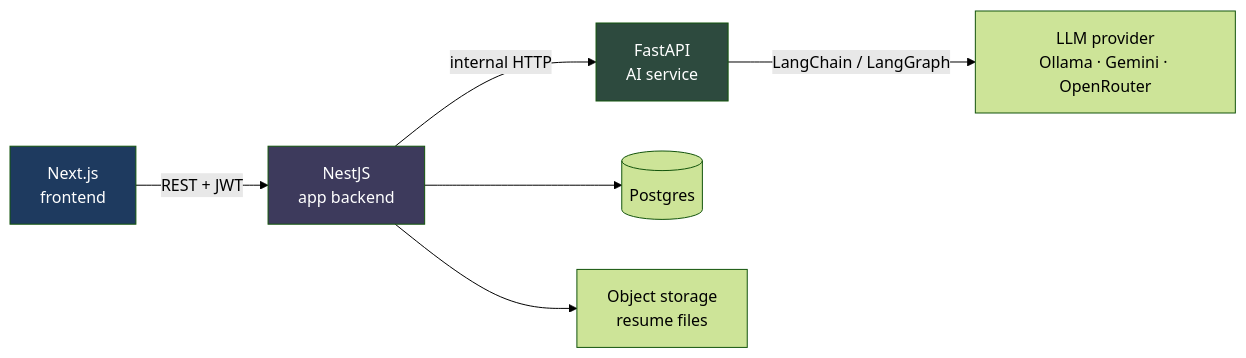
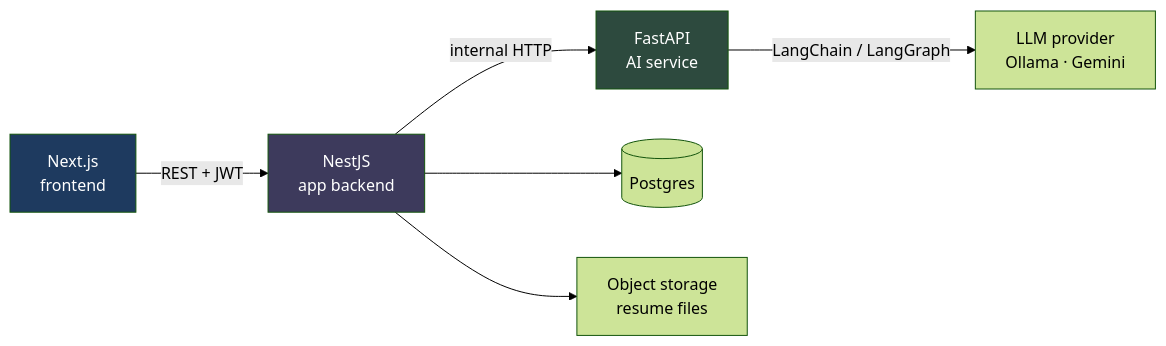
Before and after one commit to sutharrahul/agentic-job-assistant: the diagram in README.md, drawn with Mermaid (forest theme). The commit also changed other lines of this file and 6 other files, not shown here.

First line of the commit message:
feat(ai-service): drop OpenRouter, default to Gemini in production

````diff
--- a/README.md
+++ b/README.md
@@ -33,19 +33,19 @@
 ```mermaid
 flowchart LR
     B[Next.js<br/>frontend]
     C[NestJS<br/>app backend]
     D[FastAPI<br/>AI service]
     E[(Postgres)]
     F[Object storage<br/>resume files]
-    G[LLM provider<br/>Ollama · Gemini · OpenRouter]
+    G[LLM provider<br/>Ollama · Gemini]
 
     B -->|REST + JWT| C
     C -->|internal HTTP| D
     C --> E
     C --> F
     D -->|LangChain / LangGraph| G
 
     style D fill:#2d4a3e,color:#fff
     style C fill:#3d3a5c,color:#fff
     style B fill:#1e3a5f,color:#fff
 ```
````
